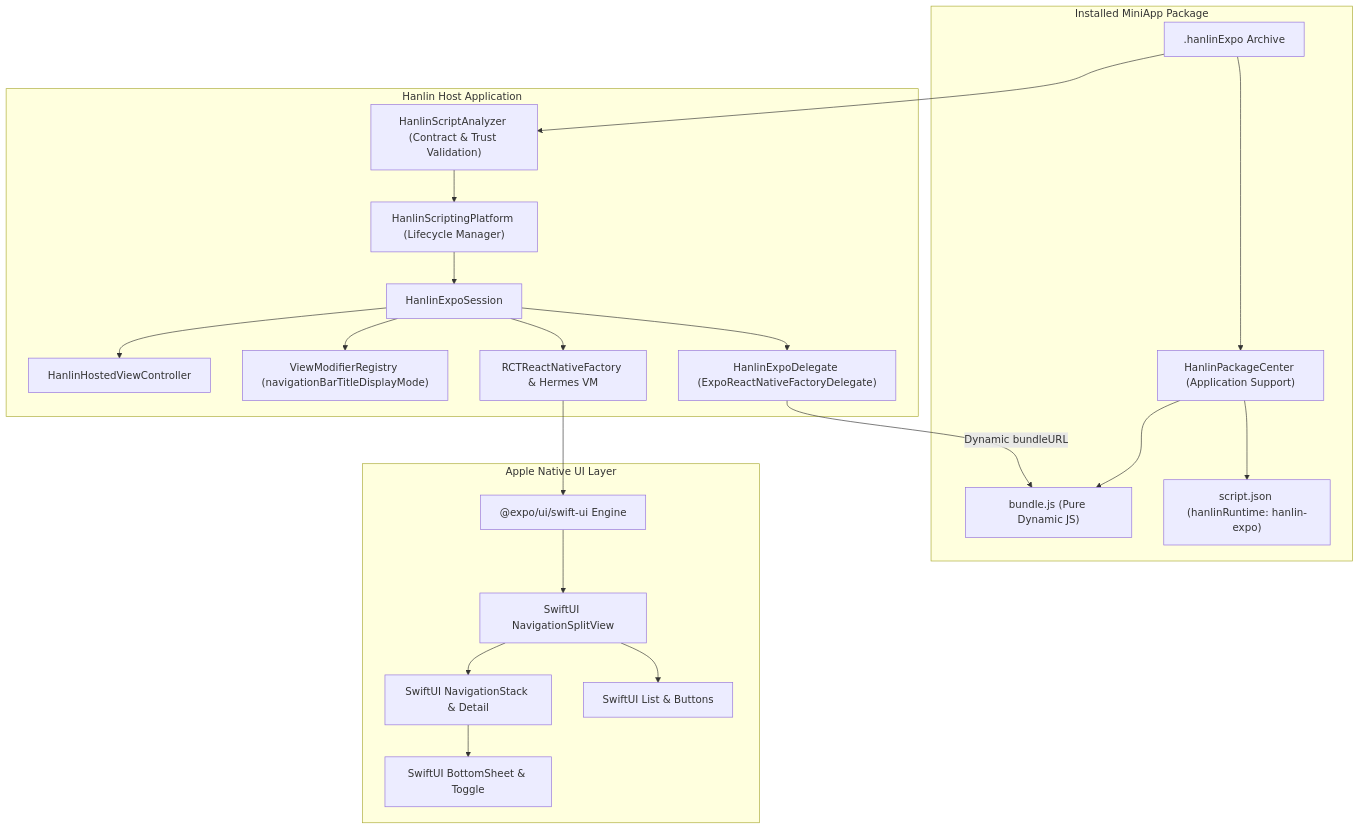
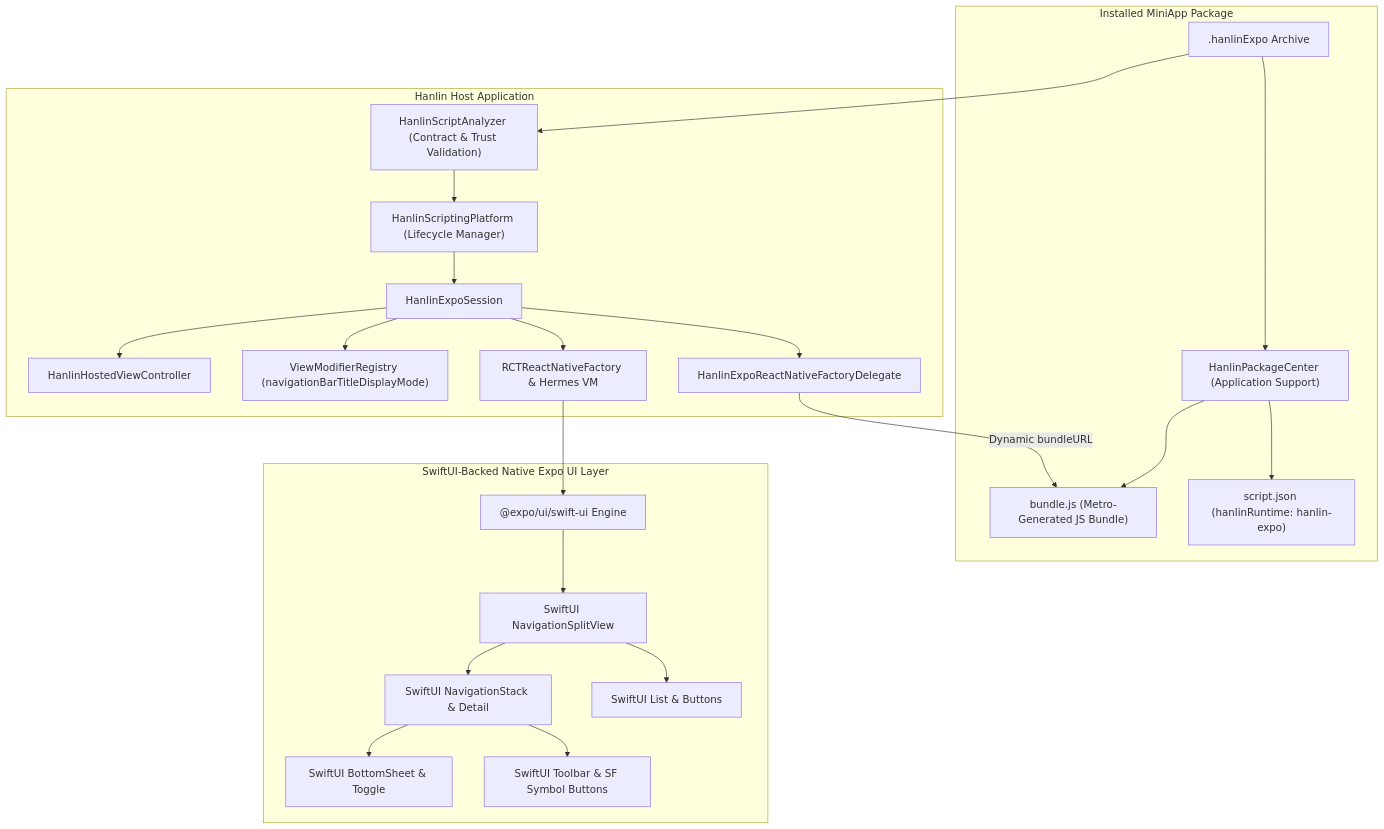
Before and after one commit to davidpovarsky/hanlin-ai: the diagram in docs/hanlin-expo-runtime.md, drawn with Mermaid. The commit also changed other lines of this file and 11 other files, not shown here.

Commit message:
feat(expo): complete toolbar and toggle probe requirements with focused CI validation

````diff
--- a/docs/hanlin-expo-runtime.md
+++ b/docs/hanlin-expo-runtime.md
@@ -14,40 +14,42 @@
 ```mermaid
 flowchart TD
     subgraph Package [Installed MiniApp Package]
         Zip[".hanlinExpo Archive"] --> Store["HanlinPackageCenter (Application Support)"]
         Store --> ScriptJSON["script.json (hanlinRuntime: hanlin-expo)"]
-        Store --> JSBundle["bundle.js (Pure Dynamic JS)"]
+        Store --> JSBundle["bundle.js (Metro-Generated JS Bundle)"]
     end
 
     subgraph Host [Hanlin Host Application]
         Analyzer["HanlinScriptAnalyzer (Contract & Trust Validation)"]
         Platform["HanlinScriptingPlatform (Lifecycle Manager)"]
         Session["HanlinExpoSession"]
-        Delegate["HanlinExpoDelegate (ExpoReactNativeFactoryDelegate)"]
+        Delegate["HanlinExpoReactNativeFactoryDelegate"]
         Factory["RCTReactNativeFactory & Hermes VM"]
         ModifierReg["ViewModifierRegistry (navigationBarTitleDisplayMode)"]
         HostedVC["HanlinHostedViewController"]
     end
 
-    subgraph AppleUI [Apple Native UI Layer]
+    subgraph AppleUI [SwiftUI-Backed Native Expo UI Layer]
         ExpoUI["@expo/ui/swift-ui Engine"]
         SplitView["SwiftUI NavigationSplitView"]
         Sidebar["SwiftUI List & Buttons"]
         Detail["SwiftUI NavigationStack & Detail"]
+        Toolbar["SwiftUI Toolbar & SF Symbol Buttons"]
         Sheet["SwiftUI BottomSheet & Toggle"]
     end
 
     Zip --> Analyzer
     Analyzer --> Platform
     Platform --> Session
     Session --> Delegate
     Delegate -->|Dynamic bundleURL| JSBundle
     Session --> Factory
     Session --> ModifierReg
     Factory --> ExpoUI
     ExpoUI --> SplitView
     SplitView --> Sidebar
     SplitView --> Detail
+    Detail --> Toolbar
     Detail --> Sheet
     Session --> HostedVC
 ```
````
